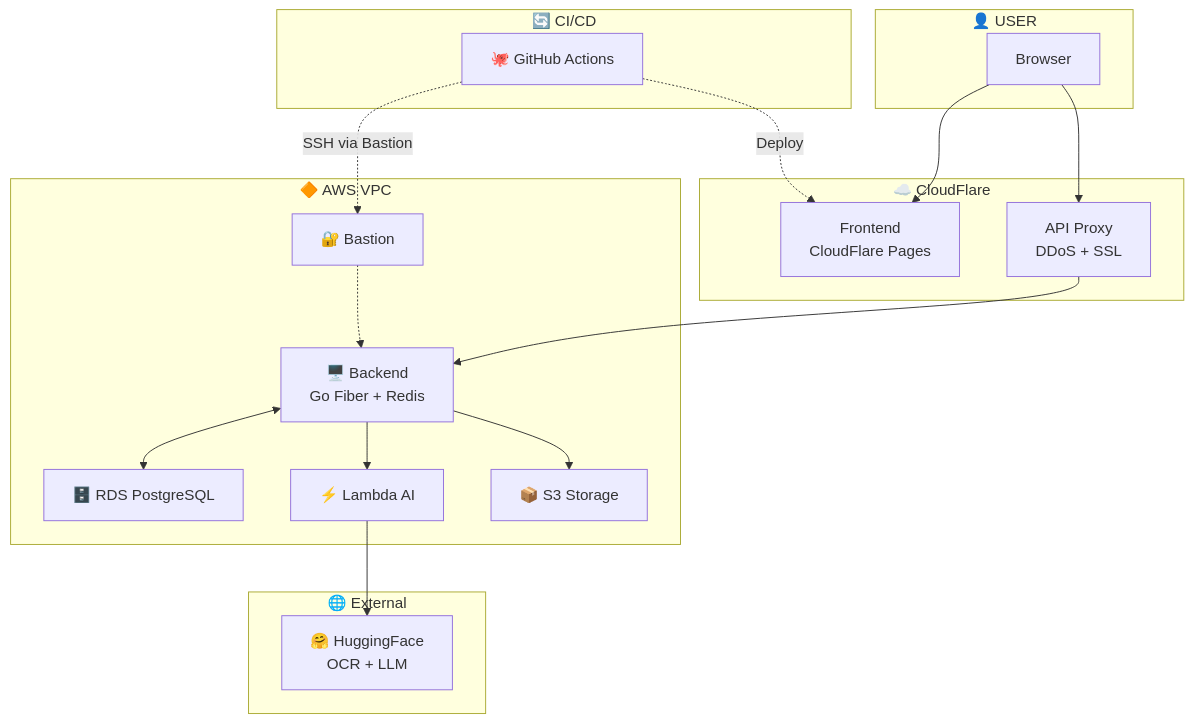
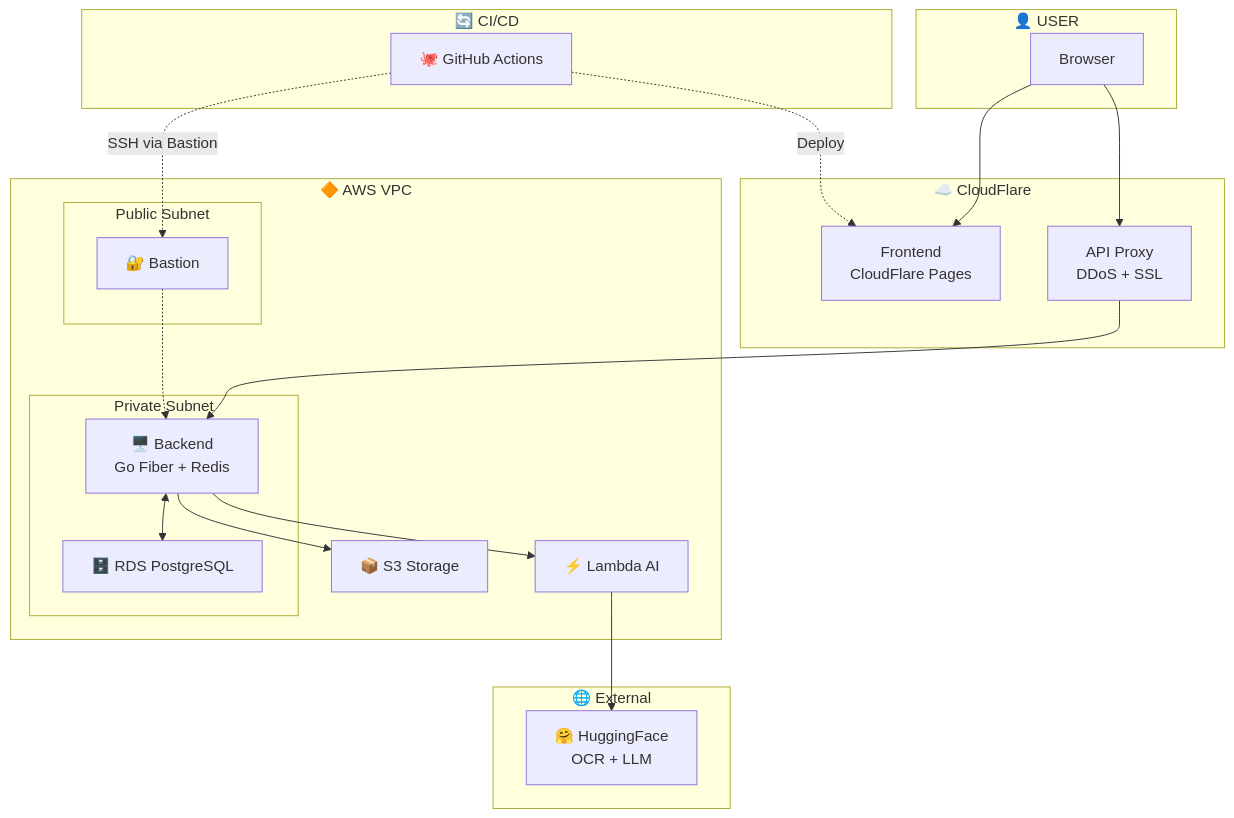
Before and after one commit to aan-andiyanaS/finlapor: the diagram in README.md, drawn with Mermaid. The commit also changed 1 other file, not shown here.

Commit message:
edit architecture

````diff
--- a/README.md
+++ b/README.md
@@ -38,37 +38,43 @@
 ```mermaid
 flowchart TB
     subgraph CICD["🔄 CI/CD"]
         GitHub["🐙 GitHub Actions"]
     end
 
     subgraph User["👤 USER"]
         Browser["Browser"]
     end
 
     subgraph CloudFlare["☁️ CloudFlare"]
         CFPages["Frontend<br/>CloudFlare Pages"]
         CFProxy["API Proxy<br/>DDoS + SSL"]
     end
 
     subgraph AWS["🔶 AWS VPC"]
-        Bastion["🔐 Bastion"]
-        Backend["🖥️ Backend<br/>Go Fiber + Redis"]
-        RDS["🗄️ RDS PostgreSQL"]
+        subgraph PublicSubnet["Public Subnet"]
+            Bastion["🔐 Bastion"]
+        end
+        
+        subgraph PrivateSubnet["Private Subnet"]
+            Backend["🖥️ Backend<br/>Go Fiber + Redis"]
+            RDS["🗄️ RDS PostgreSQL"]
+        end
+        
         Lambda["⚡ Lambda AI"]
         S3["📦 S3 Storage"]
     end
 
     subgraph External["🌐 External"]
         HuggingFace["🤗 HuggingFace<br/>OCR + LLM"]
     end
 
     Browser --> CFPages
     Browser --> CFProxy --> Backend
     
     GitHub -.->|Deploy| CFPages
     GitHub -.->|SSH via Bastion| Bastion -.-> Backend
     
     Backend <--> RDS
     Backend --> Lambda --> HuggingFace
     Backend --> S3
 ```
````
